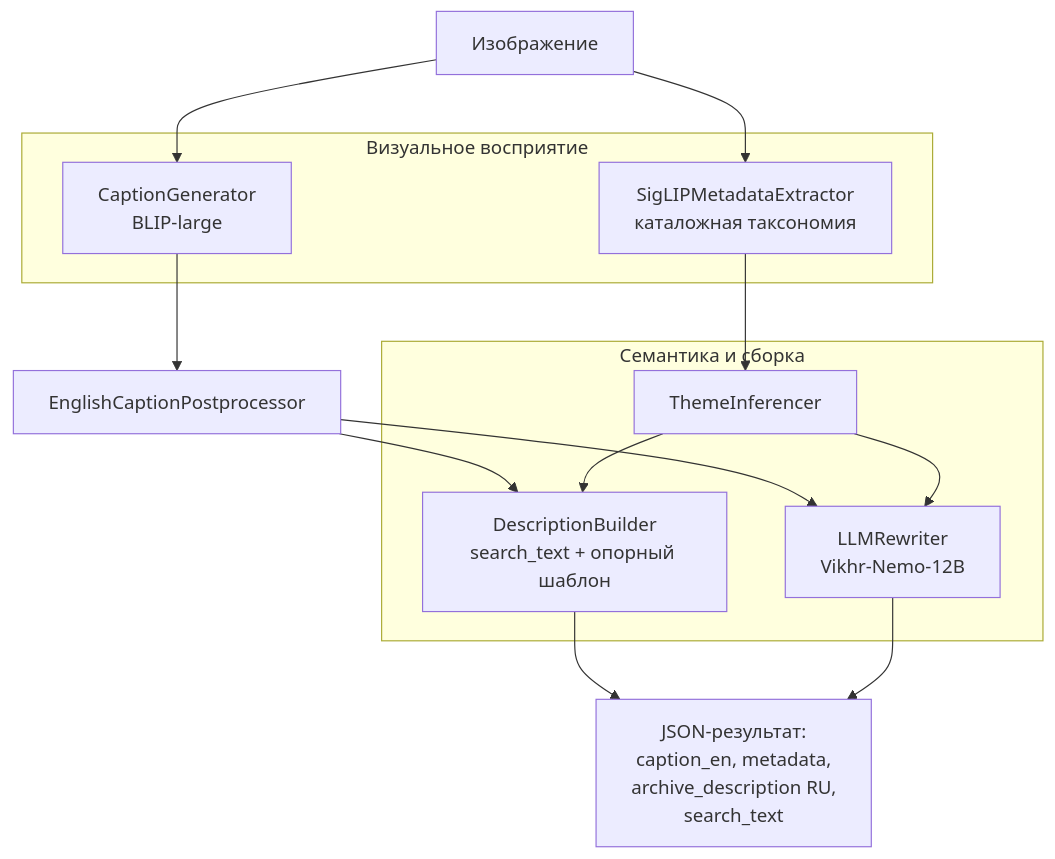
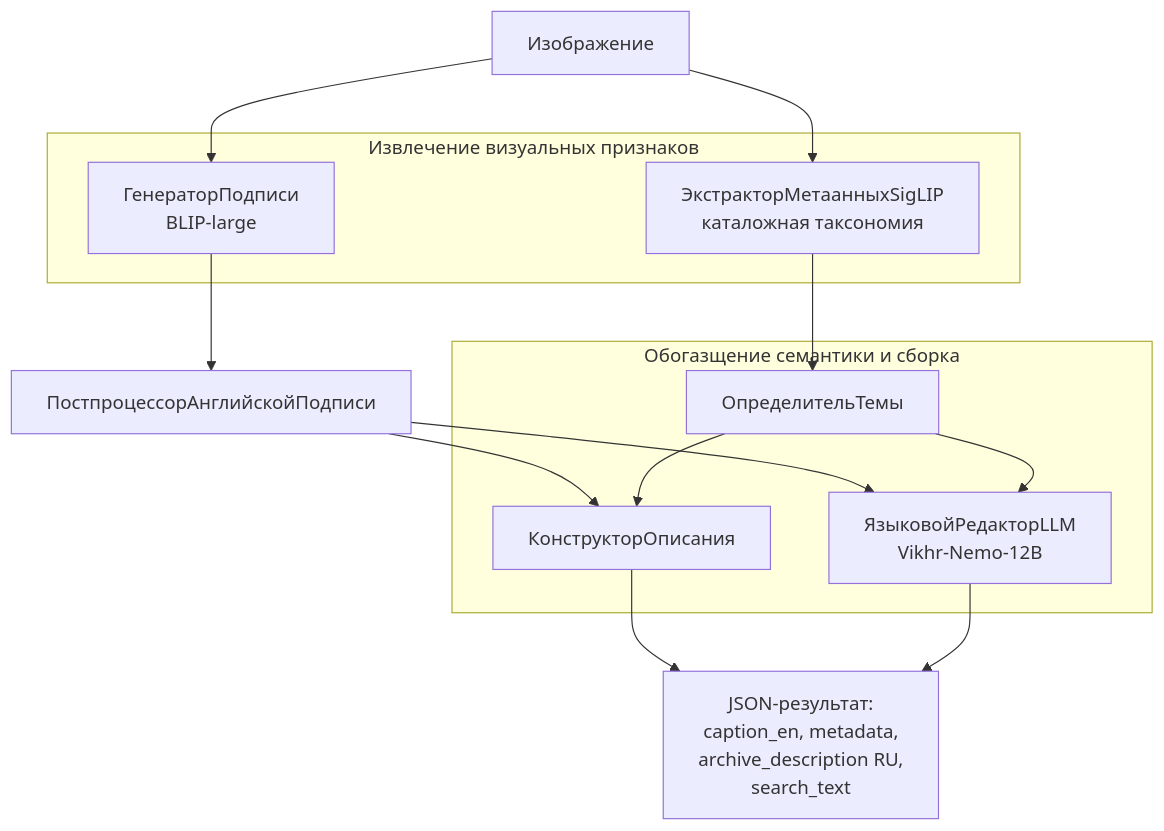
The diagram in README.md (azat-khatyn/tsu-image-description), drawn with Mermaid before and after one commit. The commit also changed 1 other file, not shown here.

Commit message:
updated viz

````diff
--- a/README.md
+++ b/README.md
@@ -29,28 +29,28 @@
 ```mermaid
 flowchart TD
     IMG[Изображение]
 
-    subgraph CV [Визуальное восприятие]
-        BLIP[CaptionGenerator<br/>BLIP-large]
-        SigLIP[SigLIPMetadataExtractor<br/>каталожная таксономия]
+    subgraph CV [Извлечение визуальных признаков]
+        BLIP[ГенераторПодписи<br/>BLIP-large]
+        SigLIP[ЭкстракторМетаанныхSigLIP<br/>каталожная таксономия]
     end
 
-    ENPP[EnglishCaptionPostprocessor]
+    ENPP[ПостпроцессорАнглийскойПодписи]
 
-    subgraph SEM [Семантика и сборка]
-        THEME[ThemeInferencer]
-        BUILD[DescriptionBuilder<br/>search_text + опорный шаблон]
-        LLM[LLMRewriter<br/>Vikhr-Nemo-12B]
+    subgraph SEM [Обогазщение семантики и сборка]
+        THEME[ОпределительТемы]
+        BUILD[КонструкторОписания<br/>]
+        LLM[ЯзыковойРедакторLLM<br/>Vikhr-Nemo-12B]
     end
 
     OUT[JSON-результат:<br/>caption_en, metadata,<br/>archive_description RU,<br/>search_text]
 
     IMG --> BLIP --> ENPP
     IMG --> SigLIP --> THEME
     ENPP --> BUILD
     THEME --> BUILD
     ENPP --> LLM
     THEME --> LLM
     BUILD --> OUT
     LLM --> OUT
 ```
````
